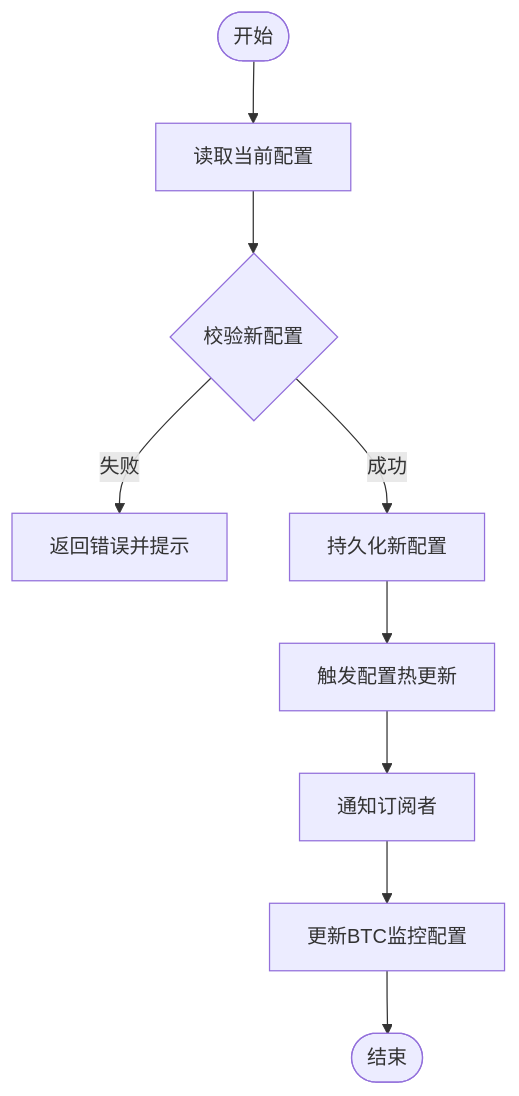
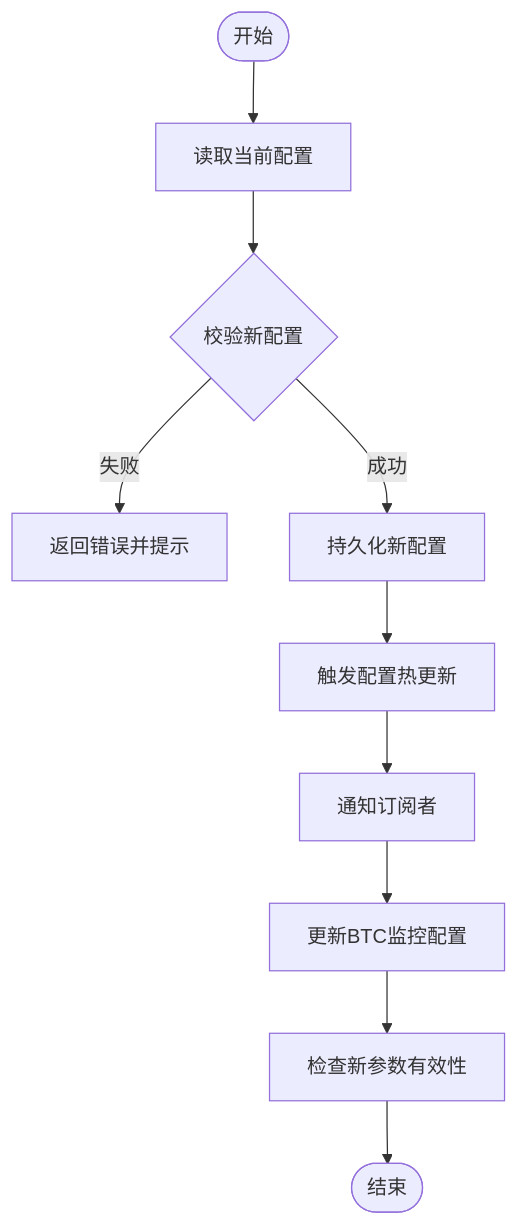
Before and after one commit to anYaoooo/daily_stock_analysis: the fifth of 5 diagrams in .qoder/repowiki/zh/content/配置管理.md, drawn with Mermaid. The commit also changed other lines of this file and 29 other files, not shown here.

````diff
--- a/.qoder/repowiki/zh/content/配置管理.md
+++ b/.qoder/repowiki/zh/content/配置管理.md
@@ -557,11 +581,12 @@
 ```mermaid
 flowchart TD
 Start(["开始"]) --> Read["读取当前配置"]
 Read --> Validate{"校验新配置"}
 Validate --> |失败| Error["返回错误并提示"]
 Validate --> |成功| Persist["持久化新配置"]
 Persist --> Reload["触发配置热更新"]
 Reload --> Notify["通知订阅者"]
 Notify --> UpdateBVM["更新BTC监控配置"]
-UpdateBVM --> End(["结束"])
+UpdateBVM --> CheckNewParams["检查新参数有效性"]
+CheckNewParams --> End(["结束"])
 ```
````
